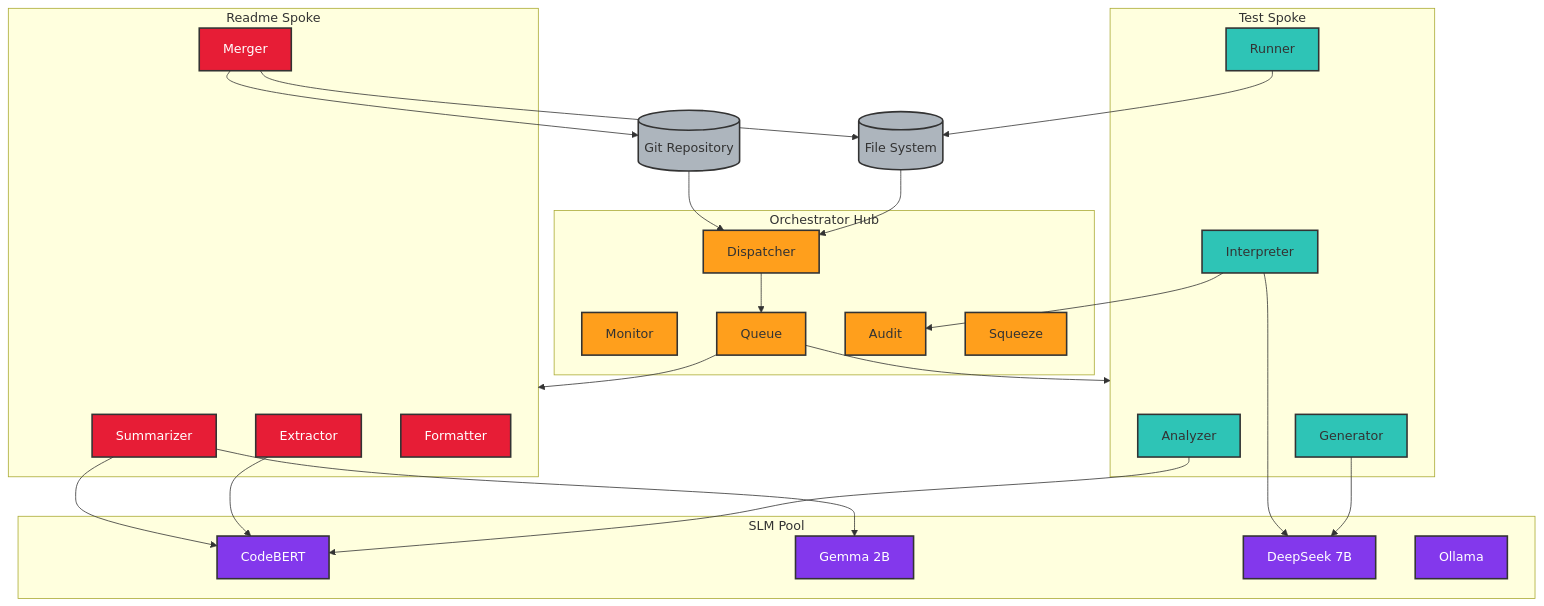
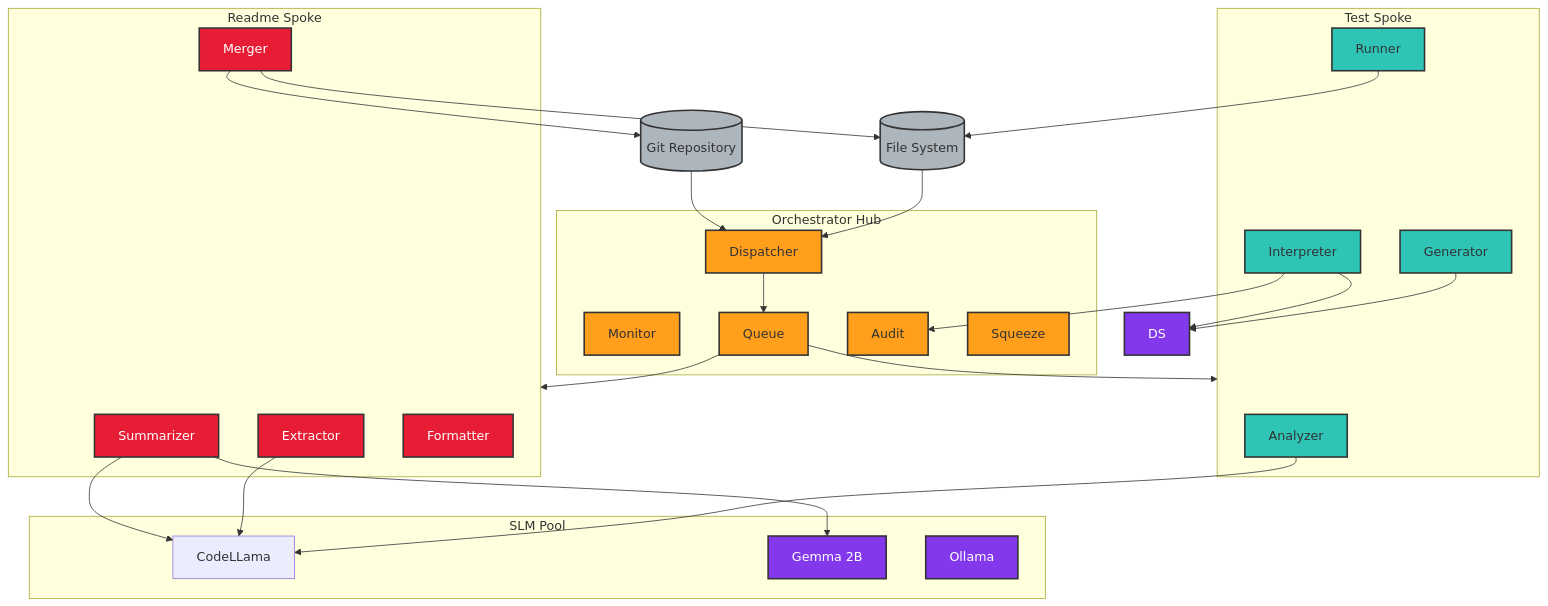
The first of 2 diagrams in README.md (Drecoder/Drecoder), drawn with Mermaid before and after one commit.

Commit message:
Replace CodeBERT with CodeLLama in README

````diff
--- a/README.md
+++ b/README.md
@@ -30,70 +30,70 @@
 ```mermaid
 graph TD
     %% Top Level
     FS[("File System")]
     Git[("Git Repository")]
     
     %% Hub
     subgraph Hub[Orchestrator Hub]
         D[Dispatcher]
         M[Monitor]
         Q[Queue]
         A[Audit]
         S[Squeeze]
     end
     
     %% Spokes
     subgraph Test[Test Spoke]
         TA[Analyzer]
         TG[Generator]
         TR[Runner]
         TI[Interpreter]
     end
     
     subgraph Readme[Readme Spoke]
         RE[Extractor]
         RS[Summarizer]
         RF[Formatter]
         RM[Merger]
     end
     
     %% SLM
     subgraph SLM[SLM Pool]
-        CB[CodeBERT]
+        CL[CodeLLama]
         G[Gemma 2B]
-        DS[DeepSeek 7B]
+        CL[CodeLLama]
         O[Ollama]
     end
     
     %% Connections
     FS --> D
     Git --> D
     D --> Q
     Q --> Test
     Q --> Readme
     
-    TA --> CB
+    TA --> CL
     TG --> DS
     TI --> DS
     
-    RE --> CB
+    RE --> CL
     RS --> G
-    RS --> CB
+    RS --> CL
     
     TR --> FS
     RM --> FS
     RM --> Git
     TI --> A
     
     classDef hub fill:#ff9f1c,stroke:#333,stroke-width:2px,color:#333
     classDef test fill:#2ec4b6,stroke:#333,stroke-width:2px,color:#333
     classDef doc fill:#e71d36,stroke:#333,stroke-width:2px,color:#fff
     classDef slm fill:#8338ec,stroke:#333,stroke-width:2px,color:#fff
     classDef external fill:#adb5bd,stroke:#333,stroke-width:2px,color:#333
     
     class D,M,Q,A,S hub
     class TA,TG,TR,TI test
     class RE,RS,RF,RM doc
     class CB,G,DS,O slm
     class FS,Git external
 ```
````
